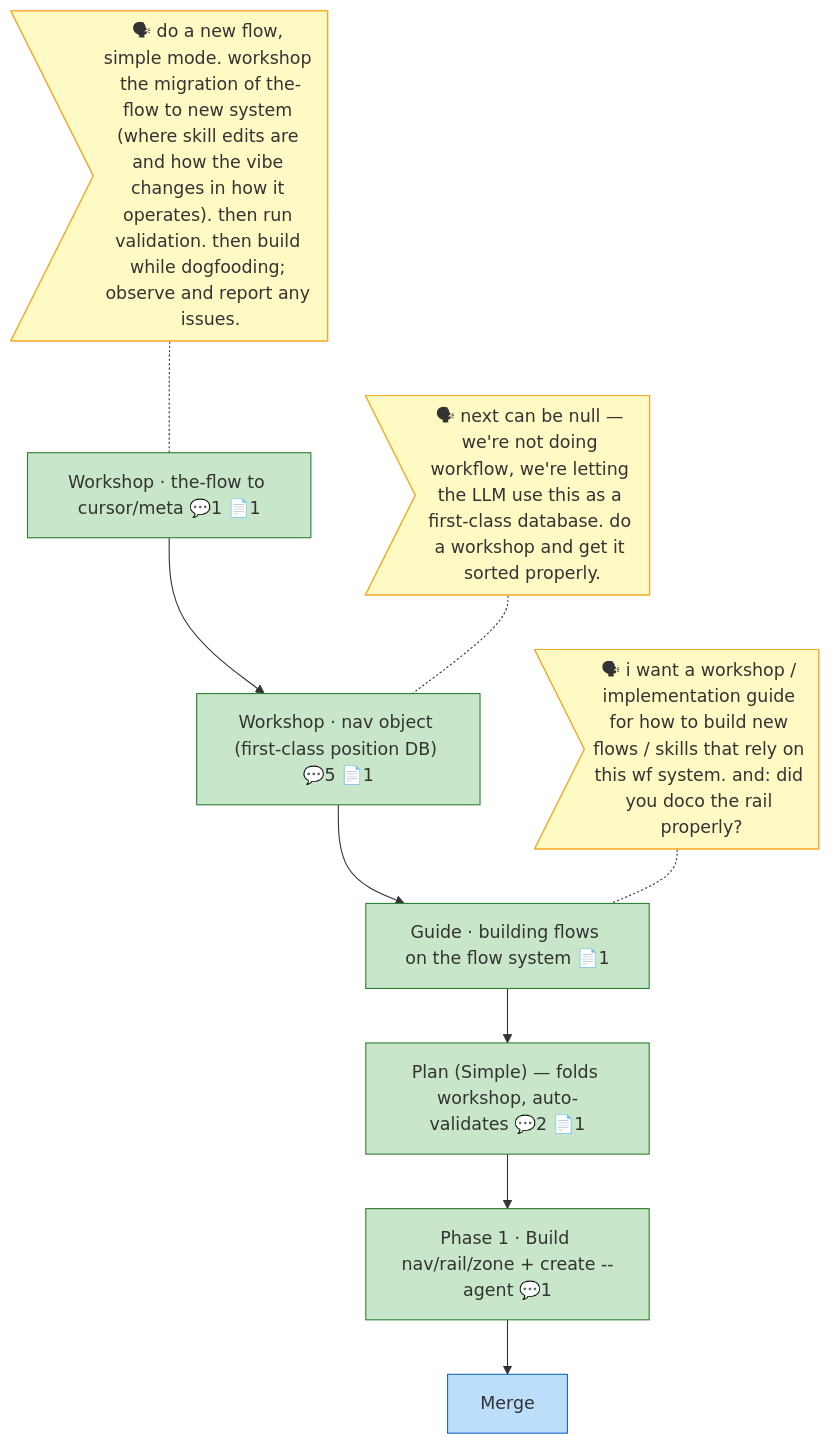
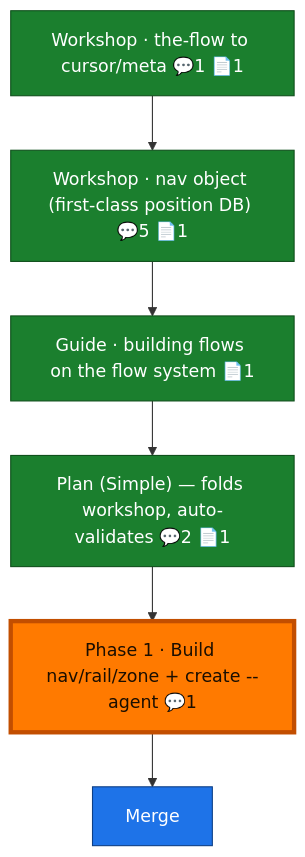
One commit to AI-Substrate/harness-engineering changed the diagram in docs/plans/026-the-flow-cursor-meta-migration/the-flow.md. Above: the diagram before and after it, drawn with Mermaid. The commit also changed other lines of this file and 53 other files, not shown here.

First line of the commit message:
docs: close out flow states + land prior-session artifacts (034-052)

````diff
--- a/docs/plans/026-the-flow-cursor-meta-migration/the-flow.md
+++ b/docs/plans/026-the-flow-cursor-meta-migration/the-flow.md
@@ -8,34 +8,16 @@
 ```mermaid
 flowchart TD
-    merge["Merge"]:::known
-    p1["Phase 1 · Build nav/rail/zone + create --agent 💬1"]:::done
-    plan["Plan (Simple) — folds workshop, auto-validates 💬2 📄1"]:::done
     ws_migration["Workshop · the-flow to cursor/meta 💬1 📄1"]:::done
     ws_nav["Workshop · nav object (first-class position DB) 💬5 📄1"]:::done
     ws_guide["Guide · building flows on the flow system 📄1"]:::done
+    plan["Plan (Simple) — folds workshop, auto-validates 💬2 📄1"]:::done
+    p1["Phase 1 · Build nav/rail/zone + create --agent 💬1"]:::done
+    merge["Merge"]:::known
 
-    p1 --> merge
-    plan --> p1
-    ws_migration --> ws_nav
-    ws_nav --> ws_guide
-    ws_guide --> plan
+    ws_migration --> ws_nav --> ws_guide --> plan --> p1 --> merge
 
-    say_ws_migration>"🗣 do a new flow, simple mode. workshop the migration of the-flow to new system (where skill edits are and how the vibe changes in how it operates). then run validation. then build while dogfooding; observe and report any issues."]:::said
-    say_ws_migration -.- ws_migration
-    say_ws_nav>"🗣 next can be null — we're not doing workflow, we're letting the LLM use this as a first-class database. do a workshop and get it sorted properly."]:::said
-    say_ws_nav -.- ws_nav
-    say_ws_guide>"🗣 i want a workshop / implementation guide for how to build new flows / skills that rely on this wf system. and: did you doco the rail properly?"]:::said
-    say_ws_guide -.- ws_guide
-
-    classDef done fill:#C8E6C9,stroke:#2E7D32;
-    classDef wip fill:#FFE0B2,stroke:#EF6C00;
-    classDef blocked fill:#FFCDD2,stroke:#C62828;
-    classDef known fill:#BBDEFB,stroke:#1565C0;
-    classDef assumed fill:#ECEFF1,stroke:#90A4AE,stroke-dasharray:5 3;
-    classDef said fill:#FFF9C4,stroke:#F9A825;
-    classDef harness fill:#EDE7F6,stroke:#673AB7;
-    classDef decision fill:#FFF3E0,stroke:#FB8C00,stroke-dasharray:2 2;
-    classDef companion fill:#D1C4E9,stroke:#5E35B1;
-    classDef worker fill:#B2DFDB,stroke:#00897B;
-    classDef unknown fill:#FAFAFA,stroke:#BDBDBD,stroke-dasharray:1 4;
+    classDef done fill:#1B7F2E,stroke:#0F4F1B,color:#fff;
+    classDef known fill:#1E73E8,stroke:#0D3F86,color:#fff;
+    classDef current fill:#FF7A00,stroke:#C24E00,color:#1a0e00,stroke-width:4px;
+    class p1 current;
 ```
````
